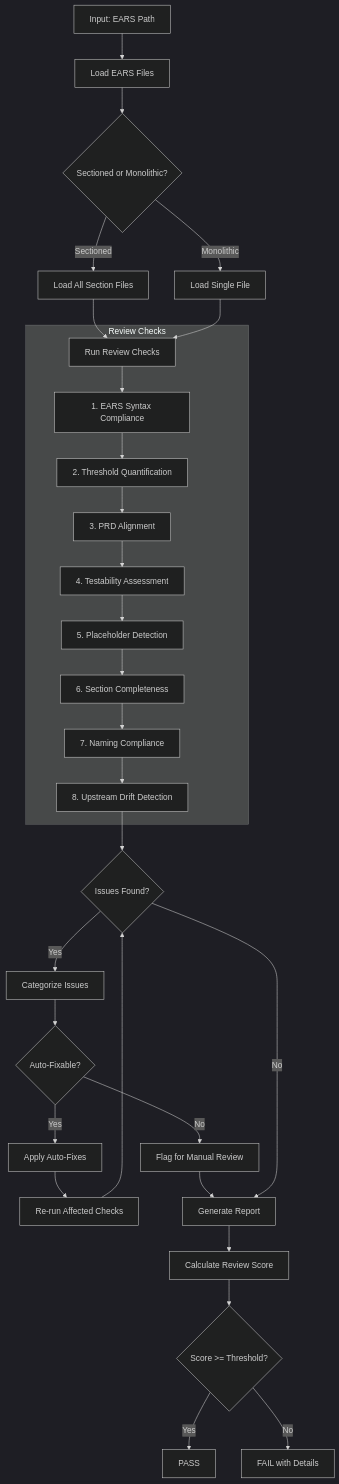
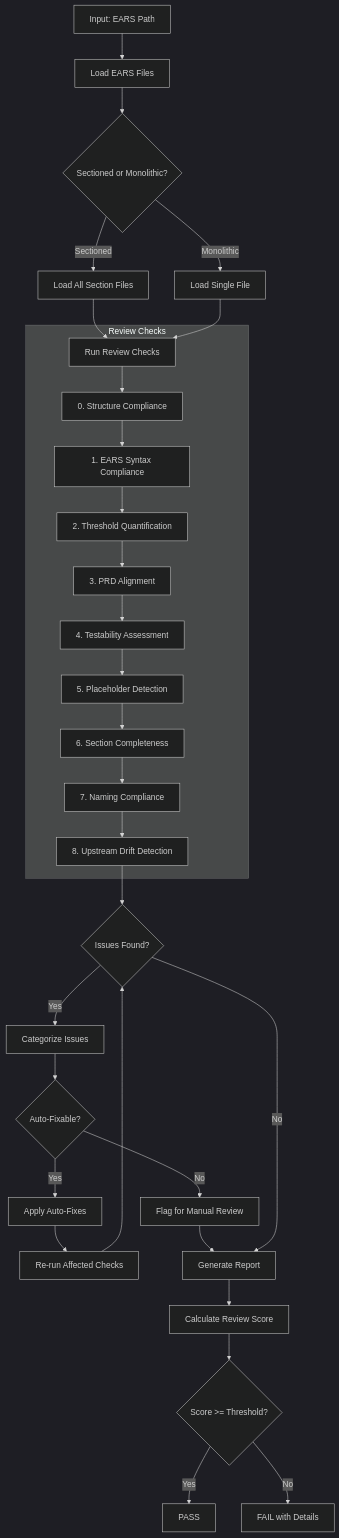
One commit to vladm3105/aidoc-flow-framework changed the first of 2 diagrams in .claude/skills/doc-ears-reviewer/SKILL.md. Above: the diagram before and after it, drawn with Mermaid (dark theme). The commit also changed other lines of this file and 28 other files, not shown here.

````diff
--- a/.claude/skills/doc-ears-reviewer/SKILL.md
+++ b/.claude/skills/doc-ears-reviewer/SKILL.md
@@ -69,36 +69,37 @@
 ```mermaid
 flowchart TD
     A[Input: EARS Path] --> B[Load EARS Files]
     B --> C{Sectioned or Monolithic?}
 
     C -->|Sectioned| D[Load All Section Files]
     C -->|Monolithic| E[Load Single File]
 
     D --> F[Run Review Checks]
     E --> F
 
     subgraph Review["Review Checks"]
-        F --> G[1. EARS Syntax Compliance]
+        F --> F0[0. Structure Compliance]
+        F0 --> G[1. EARS Syntax Compliance]
         G --> H[2. Threshold Quantification]
         H --> I[3. PRD Alignment]
         I --> J[4. Testability Assessment]
         J --> K[5. Placeholder Detection]
         K --> L[6. Section Completeness]
         L --> M[7. Naming Compliance]
         M --> M2[8. Upstream Drift Detection]
     end
 
     M2 --> N{Issues Found?}
     N -->|Yes| O[Categorize Issues]
     O --> P{Auto-Fixable?}
     P -->|Yes| Q[Apply Auto-Fixes]
     Q --> R[Re-run Affected Checks]
     P -->|No| S[Flag for Manual Review]
     R --> N
     S --> T[Generate Report]
     N -->|No| T
     T --> U[Calculate Review Score]
     U --> V{Score >= Threshold?}
     V -->|Yes| W[PASS]
     V -->|No| X[FAIL with Details]
 ```
````
